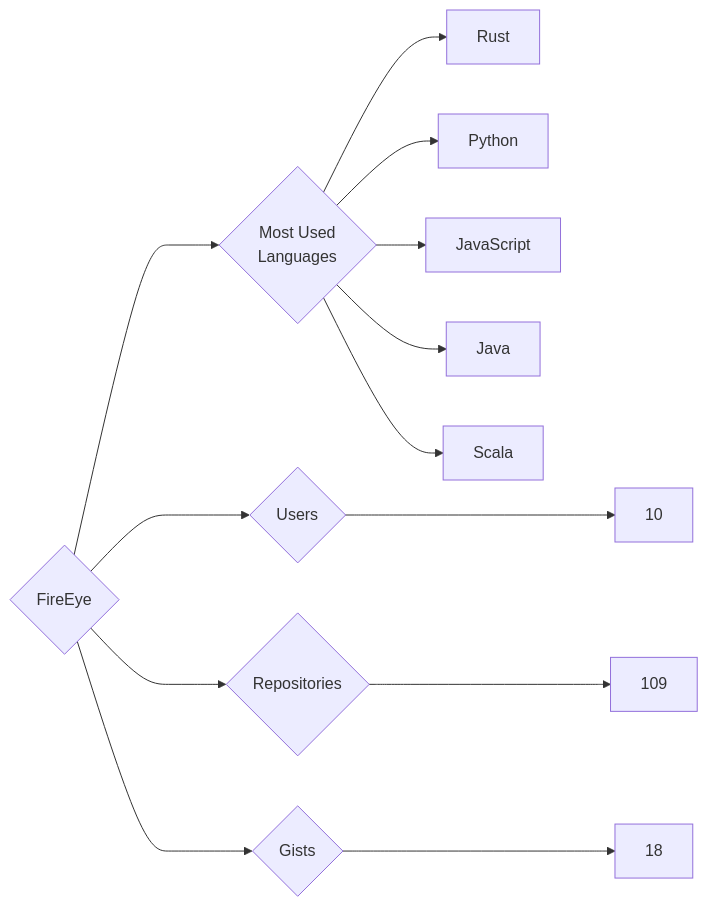
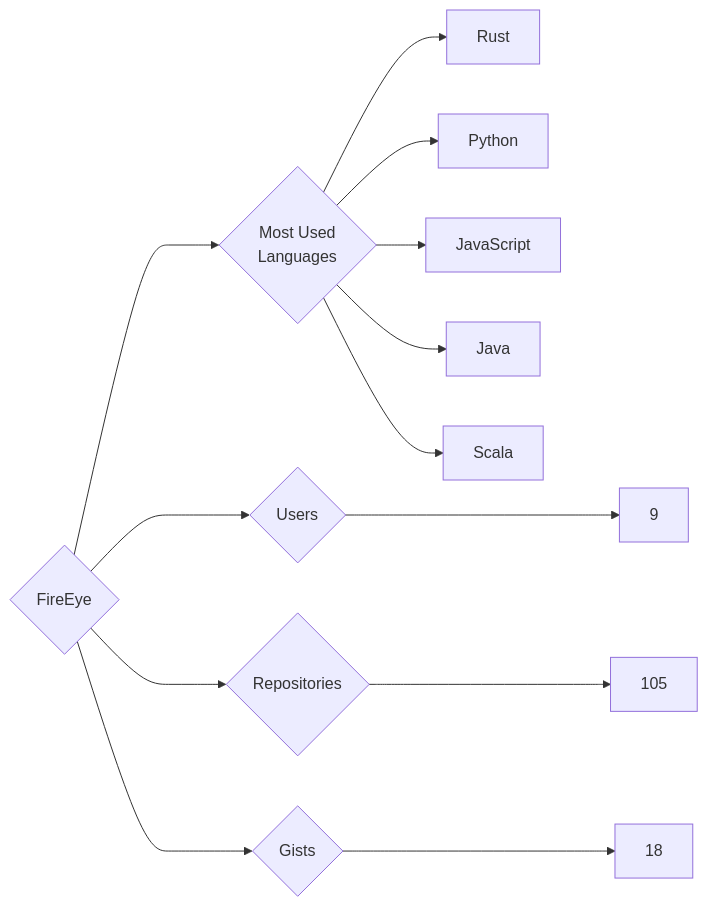
Before and after one commit to trickest/insiders: the diagram in targets/FireEye/README.md, drawn with Mermaid. The commit also changed 912 other files, not shown here.

````diff
--- a/targets/FireEye/README.md
+++ b/targets/FireEye/README.md
@@ -3,13 +3,13 @@
 ```mermaid
 graph LR
 COMPANY_NAME{FireEye}
-COMPANY_NAME ---> U{Users} ---> UN[10]
-COMPANY_NAME ---> R{Repositories} ---> RN[109]
+COMPANY_NAME ---> U{Users} ---> UN[9]
+COMPANY_NAME ---> R{Repositories} ---> RN[105]
 COMPANY_NAME ---> G{Gists} ---> GN[18]
 COMPANY_NAME ---> ML{Most Used<br>Languages}
 ML --> Rust[Rust]
 ML --> Python[Python]
 ML --> JavaScript[JavaScript]
 ML --> Java[Java]
 ML --> Scala[Scala]
 ```
````
